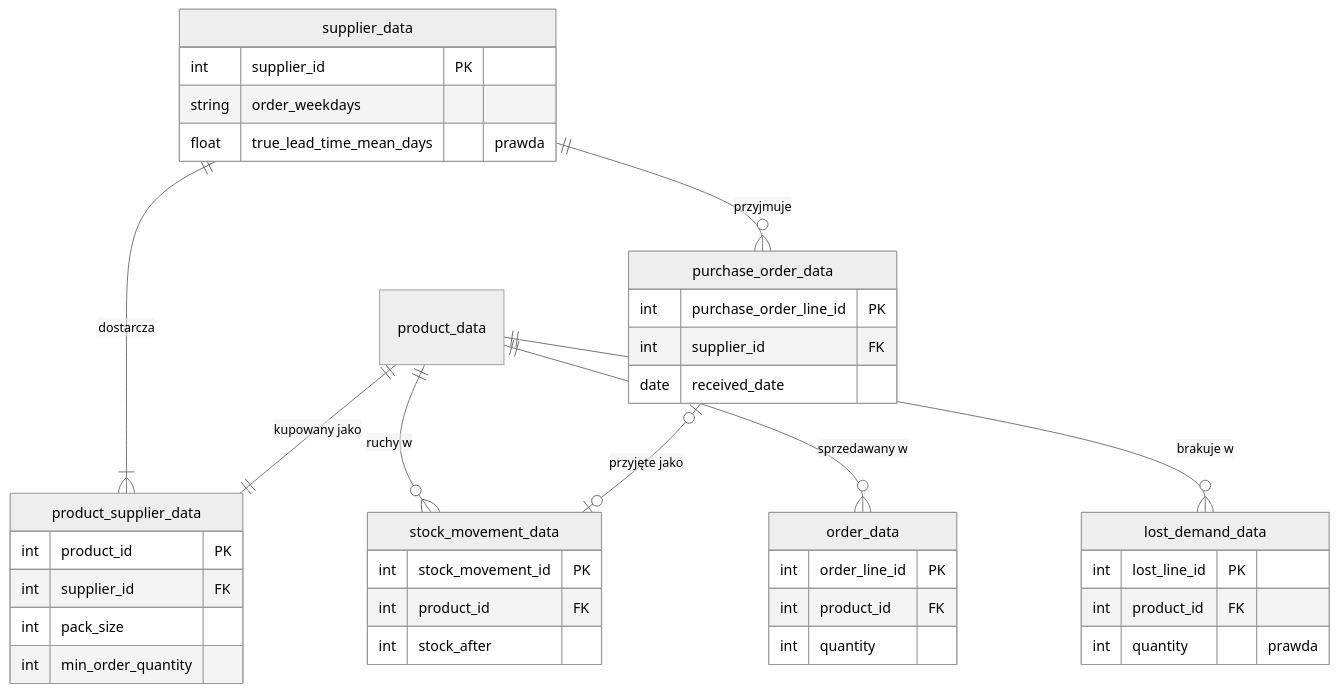
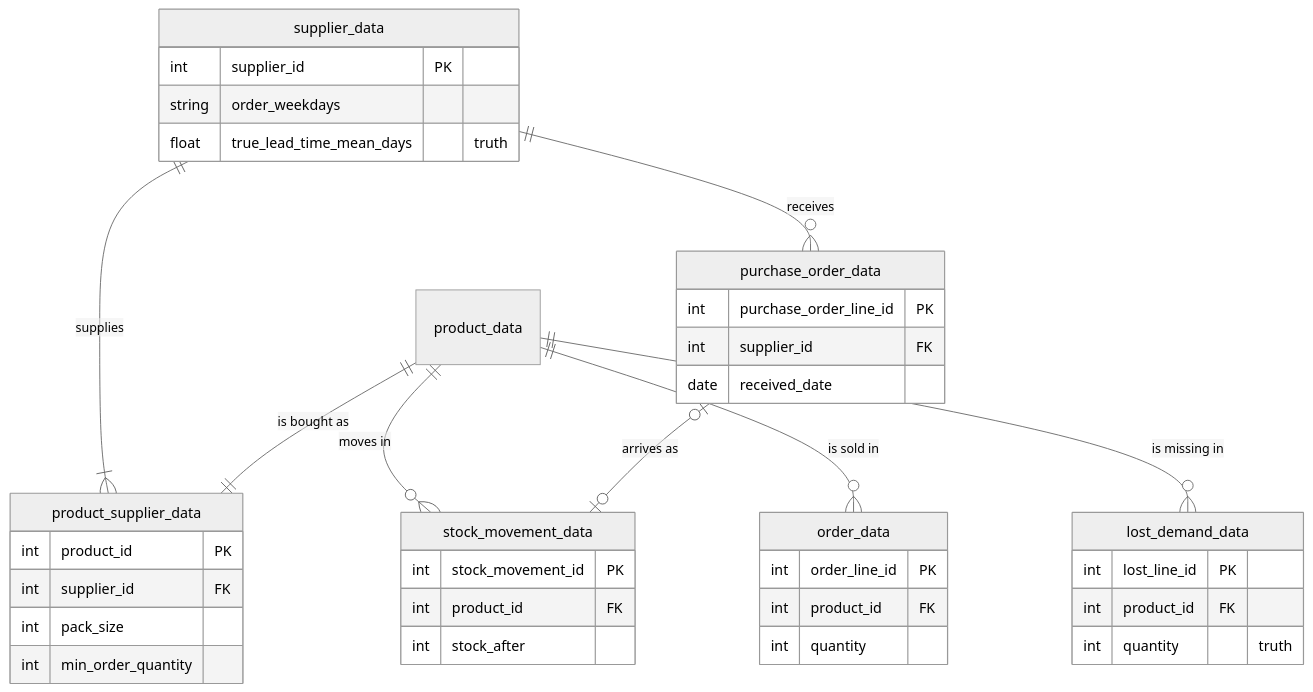
One commit to tlabedzki/Purchase-Planner changed the diagram in README.md. Above: the diagram before and after it, drawn with Mermaid (neutral theme). The commit also changed other lines of this file and 6 other files, not shown here.

Commit message:
Release 1.0.0: English README, charts and demo on Data Generator v1.8.0

````diff
--- a/README.md
+++ b/README.md
@@ -290,41 +294,41 @@
 ```mermaid
 erDiagram
-    supplier_data ||--|{ product_supplier_data : dostarcza
-    product_data ||--|| product_supplier_data : "kupowany jako"
-    product_data ||--o{ order_data : "sprzedawany w"
-    product_data ||--o{ stock_movement_data : "ruchy w"
-    supplier_data ||--o{ purchase_order_data : "przyjmuje"
-    purchase_order_data |o--o| stock_movement_data : "przyjęte jako"
-    product_data ||--o{ lost_demand_data : "brakuje w"
+    supplier_data ||--|{ product_supplier_data : supplies
+    product_data ||--|| product_supplier_data : "is bought as"
+    product_data ||--o{ order_data : "is sold in"
+    product_data ||--o{ stock_movement_data : "moves in"
+    supplier_data ||--o{ purchase_order_data : receives
+    purchase_order_data |o--o| stock_movement_data : "arrives as"
+    product_data ||--o{ lost_demand_data : "is missing in"
     supplier_data {
         int supplier_id PK
         string order_weekdays
-        float true_lead_time_mean_days "prawda"
+        float true_lead_time_mean_days "truth"
     }
     product_supplier_data {
         int product_id PK
         int supplier_id FK
         int pack_size
         int min_order_quantity
     }
     order_data {
         int order_line_id PK
         int product_id FK
         int quantity
     }
     stock_movement_data {
         int stock_movement_id PK
         int product_id FK
         int stock_after
     }
     purchase_order_data {
         int purchase_order_line_id PK
         int supplier_id FK
         date received_date
     }
     lost_demand_data {
         int lost_line_id PK
         int product_id FK
-        int quantity "prawda"
+        int quantity "truth"
     }
 ```
````
